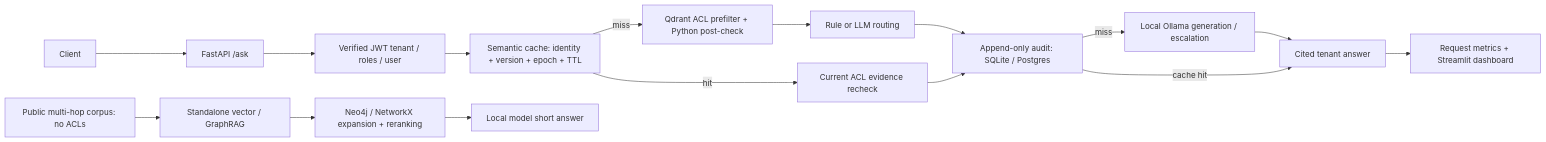
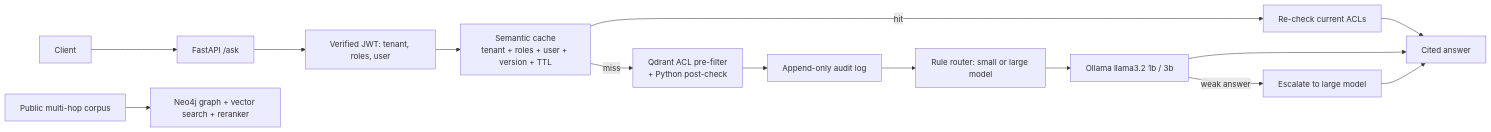
One commit to trishabatshya/rag-platform changed the diagram in README.md. Above: the diagram before and after it, drawn with Mermaid. The commit also changed other lines of this file and 22 other files, not shown here.

````diff
--- a/README.md
+++ b/README.md
@@ -3,18 +11,15 @@
 ```mermaid
 flowchart LR
     Client --> API[FastAPI /ask]
-    API --> Identity[Verified JWT tenant / roles / user]
-    Identity --> Cache[Semantic cache: identity + version + epoch + TTL]
-    Cache -->|miss| Retrieval[Qdrant ACL prefilter + Python post-check]
-    Retrieval --> Router[Rule or LLM routing]
-    Router --> Audit[Append-only audit: SQLite / Postgres]
-    Cache -->|hit| Recheck[Current ACL evidence recheck]
-    Recheck --> Audit
-    Audit -->|miss| Models[Local Ollama generation / escalation]
-    Models --> Answer[Cited tenant answer]
-    Audit -->|cache hit| Answer
-    Answer --> Metrics[Request metrics + Streamlit dashboard]
-    PublicCorpus[Public multi-hop corpus: no ACLs] --> Graph[Standalone vector / GraphRAG]
-    Graph --> Evidence[Neo4j / NetworkX expansion + reranking]
-    Evidence --> PublicAnswer[Local model short answer]
+    API --> JWT[Verified JWT: tenant, roles, user]
+    JWT --> Cache[Semantic cache<br/>tenant + roles + user + version + TTL]
+    Cache -->|miss| Retrieve[Qdrant ACL pre-filter<br/>+ Python post-check]
+    Retrieve --> Audit[Append-only audit log]
+    Audit --> Router[Rule router: small or large model]
+    Router --> LLM[Ollama llama3.2 1b / 3b]
+    LLM -->|weak answer| Escalate[Escalate to large model]
+    Cache -->|hit| Recheck[Re-check current ACLs] --> Answer
+    LLM --> Answer[Cited answer]
+    Escalate --> Answer
+    Public[Public multi-hop corpus] --> Graph[Neo4j graph + vector search + reranker]
 ```
````
